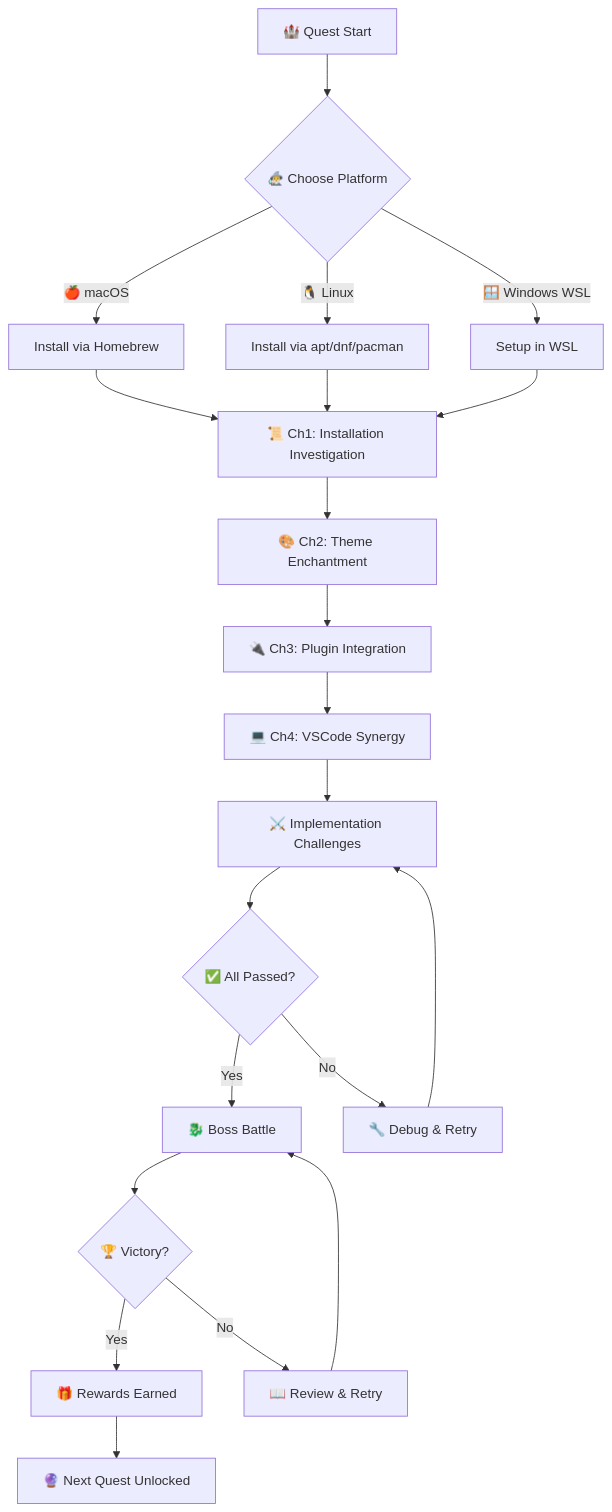
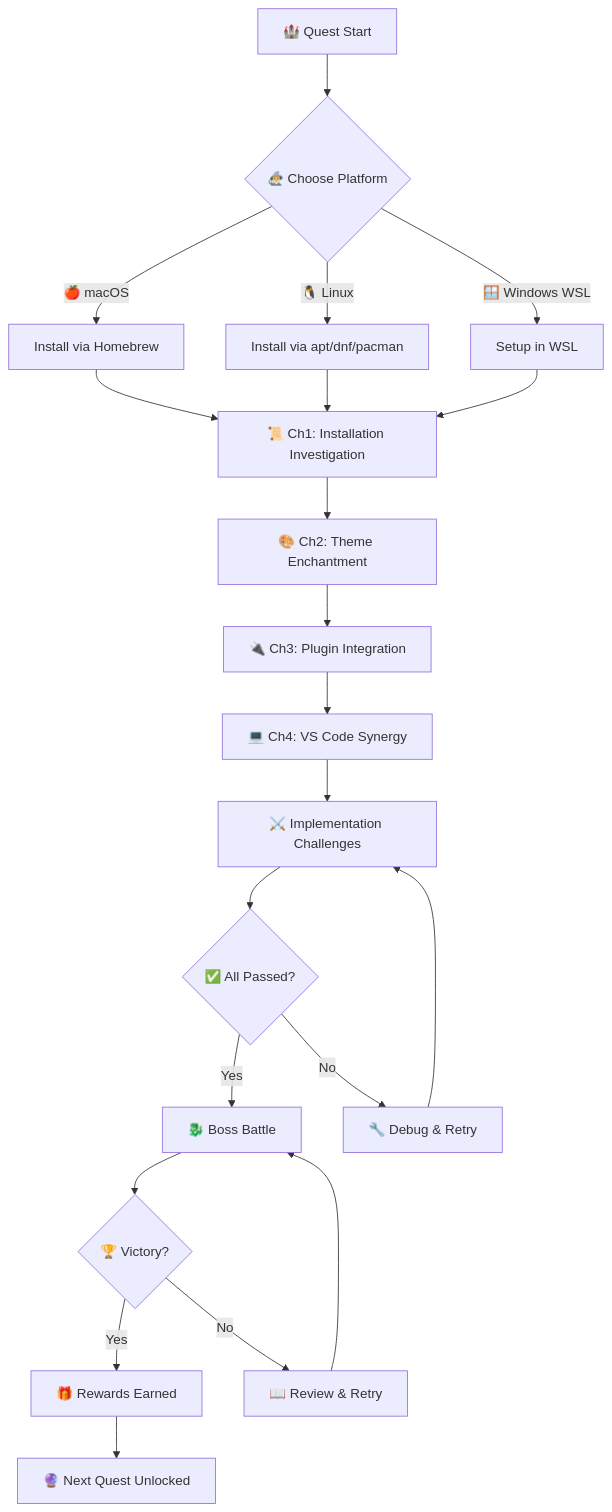
Before and after one commit to bamr87/README: the second of 7 diagrams in docs/it-journey/pages/_quests/0010/oh-my-zsh-terminal-enchantment.md, drawn with Mermaid. The commit also changed other lines of this file and 911 other files, not shown here.

````diff
--- a/docs/it-journey/pages/_quests/0010/oh-my-zsh-terminal-enchantment.md
+++ b/docs/it-journey/pages/_quests/0010/oh-my-zsh-terminal-enchantment.md
@@ -183,23 +158,23 @@
 ```mermaid
 flowchart TD
     A["🏰 Quest Start"] --> B{"🧙‍♂️ Choose Platform"}
     B -->|"🍎 macOS"| C["Install via Homebrew"]
     B -->|"🐧 Linux"| D["Install via apt/dnf/pacman"]
     B -->|"🪟 Windows WSL"| E["Setup in WSL"]
     C --> F["📜 Ch1: Installation Investigation"]
     D --> F
     E --> F
     F --> G["🎨 Ch2: Theme Enchantment"]
     G --> H["🔌 Ch3: Plugin Integration"]
-    H --> I["💻 Ch4: VSCode Synergy"]
+    H --> I["💻 Ch4: VS Code Synergy"]
     I --> J["⚔️ Implementation Challenges"]
     J --> K{"✅ All Passed?"}
     K -->|Yes| L["🐉 Boss Battle"]
     K -->|No| M["🔧 Debug & Retry"]
     M --> J
     L --> N{"🏆 Victory?"}
     N -->|Yes| O["🎁 Rewards Earned"]
     N -->|No| P["📖 Review & Retry"]
     P --> L
     O --> Q["🔮 Next Quest Unlocked"]
 ```
````
